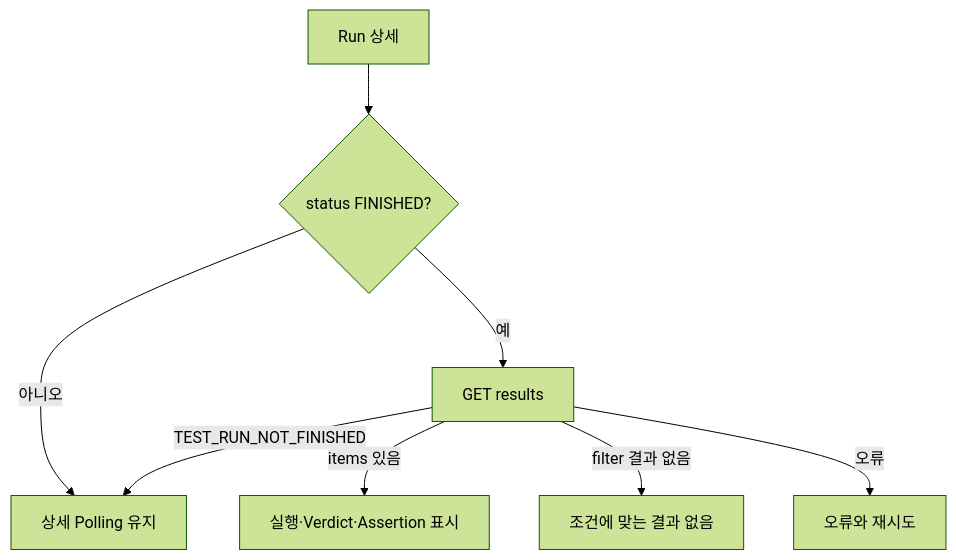
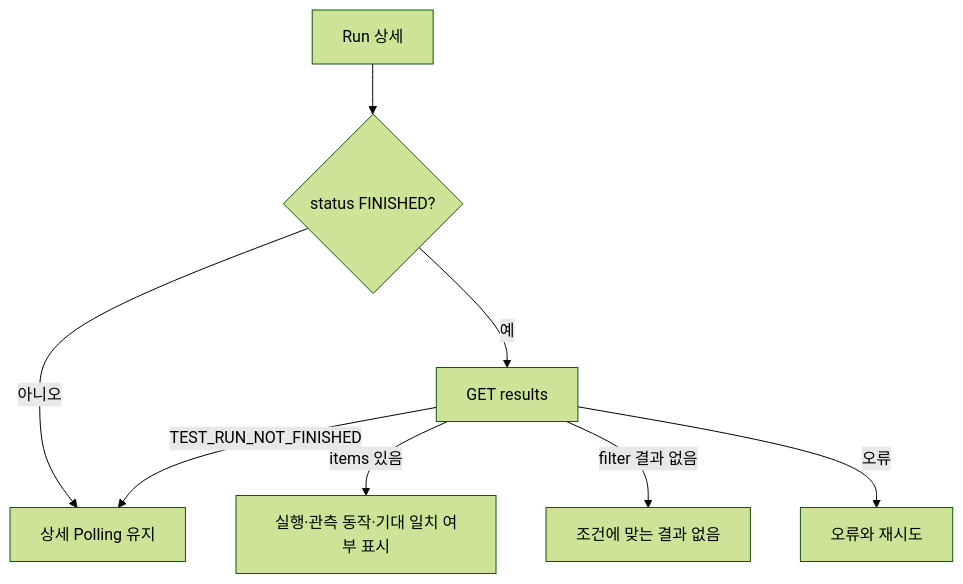
The fifth of 6 diagrams in docs/product/user-flows.md (GuardBench/guardbench-frontend), drawn with Mermaid (forest theme) before and after one commit. The commit also changed other lines of this file and 8 other files, not shown here.

````diff
--- a/docs/product/user-flows.md
+++ b/docs/product/user-flows.md
@@ -228,10 +228,10 @@
 ```mermaid
 flowchart TD
     A[Run 상세] --> B{status FINISHED?}
     B -->|아니오| C[상세 Polling 유지]
     B -->|예| D[GET results]
-    D -->|items 있음| E[실행·Verdict·Assertion 표시]
+    D -->|items 있음| E[실행·관측 동작·기대 일치 여부 표시]
     D -->|filter 결과 없음| F[조건에 맞는 결과 없음]
     D -->|TEST_RUN_NOT_FINISHED| C
     D -->|오류| G[오류와 재시도]
 ```
````
